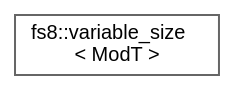
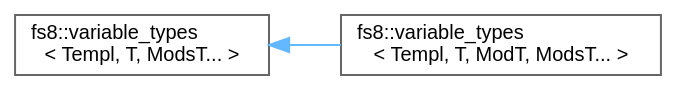
One commit to the-moisrex/foresight changed the diagram in api/inherit_graph_137.dot. Above: the diagram before and after it, drawn with Graphviz. The commit also changed 165 other files, not shown here.

```diff
--- a/api/inherit_graph_137.dot
+++ b/api/inherit_graph_137.dot
@@ -1,9 +1,11 @@
 digraph "Graphical Class Hierarchy"
 {
  // LATEX_PDF_SIZE
   bgcolor="transparent";
   edge [fontname=Helvetica,fontsize=10,labelfontname=Helvetica,labelfontsize=10];
   node [fontname=Helvetica,fontsize=10,shape=box,height=0.2,width=0.4];
   rankdir="LR";
-  Node0 [id="Node000000",label="fs8::variable_size\l\< ModT \>",height=0.2,width=0.4,color="grey40", fillcolor="white", style="filled",URL="$structfs8_1_1variable__size_3_01ModT_01_4.html",tooltip=" "];
+  Node0 [id="Node000000",label="fs8::variable_types\l\< Templ, T, ModsT... \>",height=0.2,width=0.4,color="grey40", fillcolor="white", style="filled",URL="$structfs8_1_1variable__types.html",tooltip=" "];
+  Node0 -> Node1 [id="edge139_Node000000_Node000001",dir="back",color="steelblue1",style="solid",tooltip=" "];
+  Node1 [id="Node000001",label="fs8::variable_types\l\< Templ, T, ModT, ModsT... \>",height=0.2,width=0.4,color="grey40", fillcolor="white", style="filled",URL="$structfs8_1_1variable__types_3_01Templ_00_01T_00_01ModT_00_01ModsT_8_8_8_01_4.html",tooltip=" "];
 }
```
